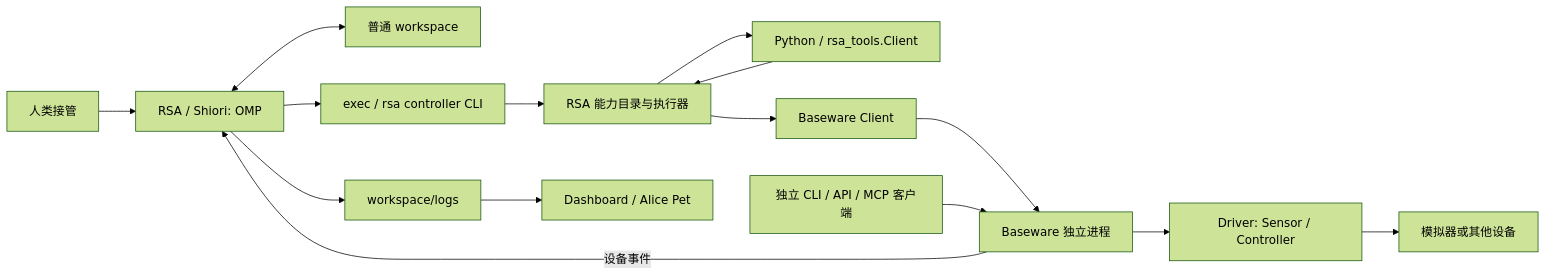
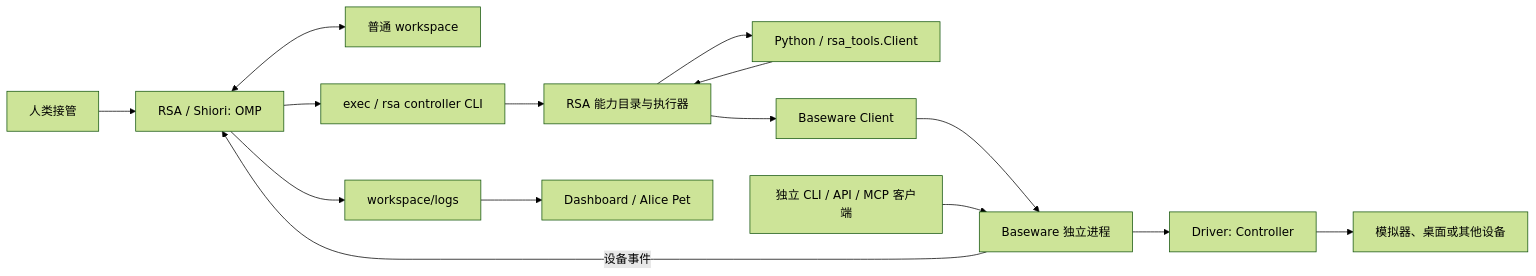
The diagram in rsa/docs/architecture.md (luokerenx4/Ludens-alpha), drawn with Mermaid (forest theme) before and after one commit. The commit also changed other lines of this file and 15 other files, not shown here.

````diff
--- a/rsa/docs/architecture.md
+++ b/rsa/docs/architecture.md
@@ -7,17 +7,17 @@
 ```mermaid
 flowchart LR
     H[人类接管] --> R[RSA / Shiori: OMP]
     R <--> W[普通 workspace]
     R --> S[exec / rsa controller CLI]
     S --> F[RSA 能力目录与执行器]
     P[Python / rsa_tools.Client] --> F
     F --> P
     F --> C[Baseware Client]
     C --> B[Baseware 独立进程]
     M[独立 CLI / API / MCP 客户端] --> B
-    B --> D[Driver: Sensor / Controller]
-    D --> E[模拟器或其他设备]
+    B --> D[Driver: Controller]
+    D --> E[模拟器、桌面或其他设备]
     B -->|设备事件| R
     R --> L[workspace/logs]
     L --> V[Dashboard / Alice Pet]
 ```
````
